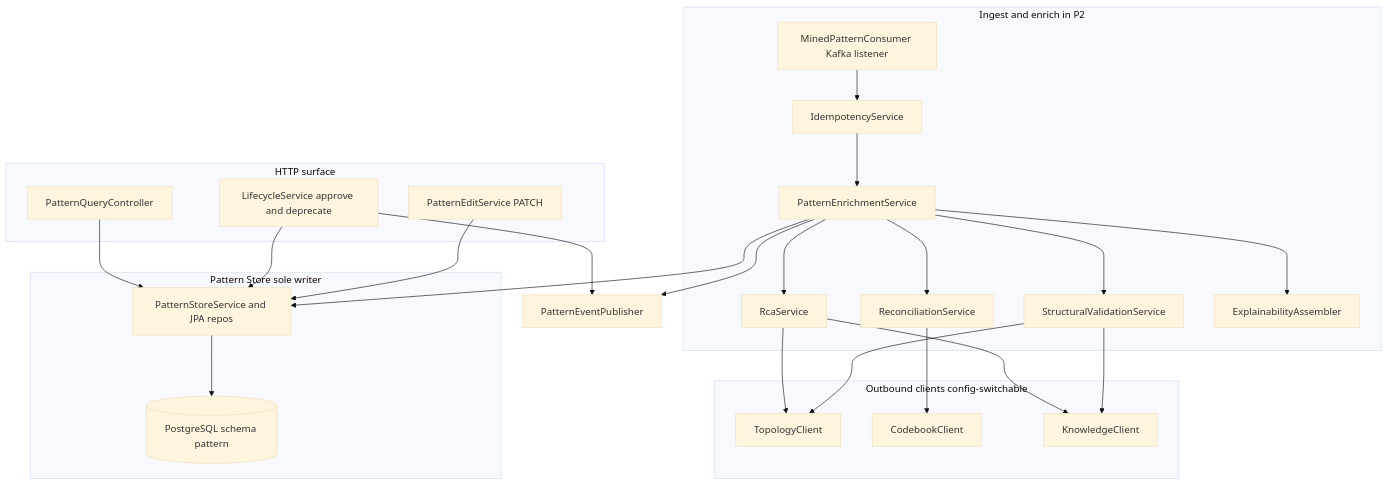
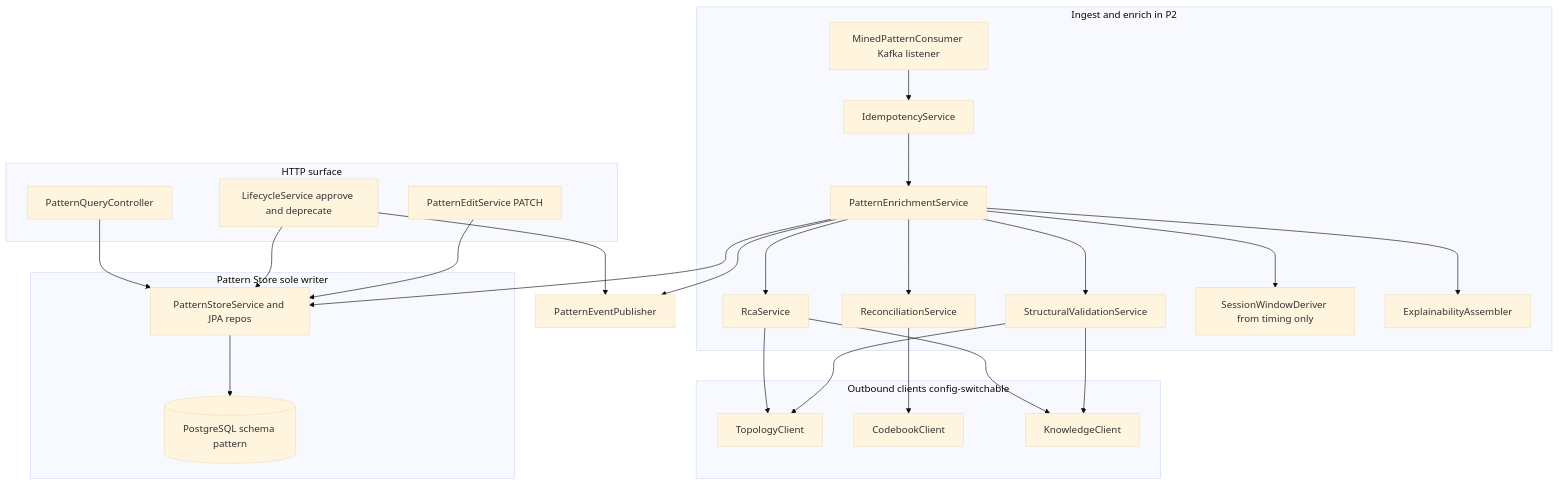
Before and after one commit to nikhilmohan/correlation-platform: the first of 9 diagrams in services/pattern-manager/design.md, drawn with Mermaid (base theme). The commit also changed other lines of this file, not shown here.

First line of the commit message:
design(pattern-manager): derive, populate, persist and serve sessionWindow

````diff
--- a/services/pattern-manager/design.md
+++ b/services/pattern-manager/design.md
@@ -84,46 +104,48 @@
 ```mermaid
 flowchart TB
   subgraph ingest["Ingest and enrich in P2"]
     KC["MinedPatternConsumer Kafka listener"]
     IDEM["IdempotencyService"]
     ENR["PatternEnrichmentService"]
     RCA["RcaService"]
     SV["StructuralValidationService"]
     REC["ReconciliationService"]
+    SWD["SessionWindowDeriver from timing only"]
     XAI["ExplainabilityAssembler"]
   end
   subgraph http["HTTP surface"]
     QRY["PatternQueryController"]
     LIFE["LifecycleService approve and deprecate"]
     EDIT["PatternEditService PATCH"]
   end
   subgraph clients["Outbound clients config-switchable"]
     TOPO["TopologyClient"]
     CB["CodebookClient"]
     KN["KnowledgeClient"]
   end
   subgraph store["Pattern Store sole writer"]
     PSS["PatternStoreService and JPA repos"]
     DB[("PostgreSQL schema pattern")]
   end
   PUB["PatternEventPublisher"]
 
   KC --> IDEM
   IDEM --> ENR
   ENR --> RCA
   ENR --> SV
   ENR --> REC
+  ENR --> SWD
   ENR --> XAI
   RCA --> TOPO
   RCA --> KN
   SV --> TOPO
   SV --> KN
   REC --> CB
   ENR --> PSS
   PSS --> DB
   ENR --> PUB
   QRY --> PSS
   LIFE --> PSS
   LIFE --> PUB
   EDIT --> PSS
 ```
````
